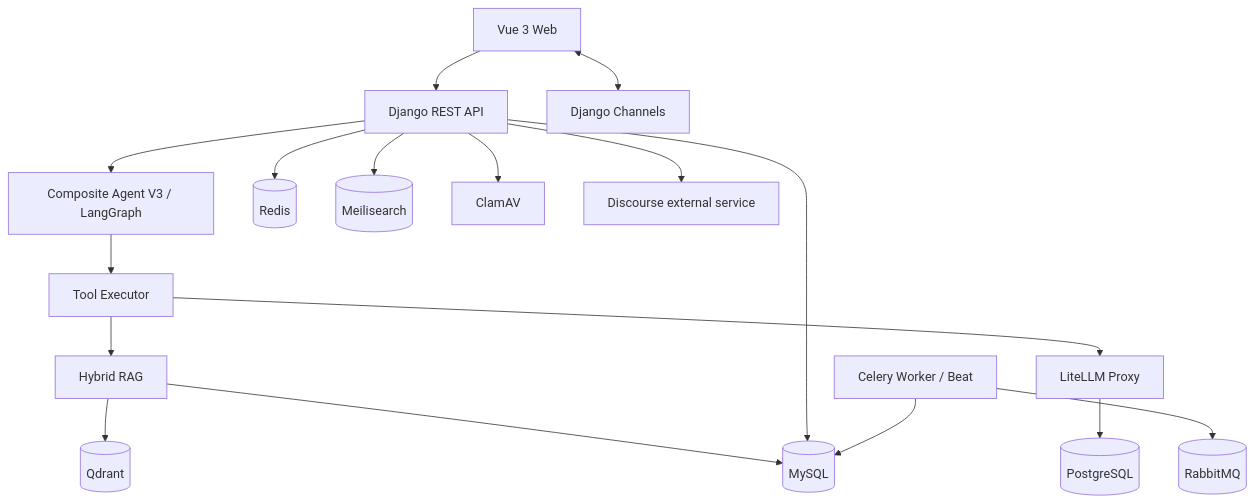
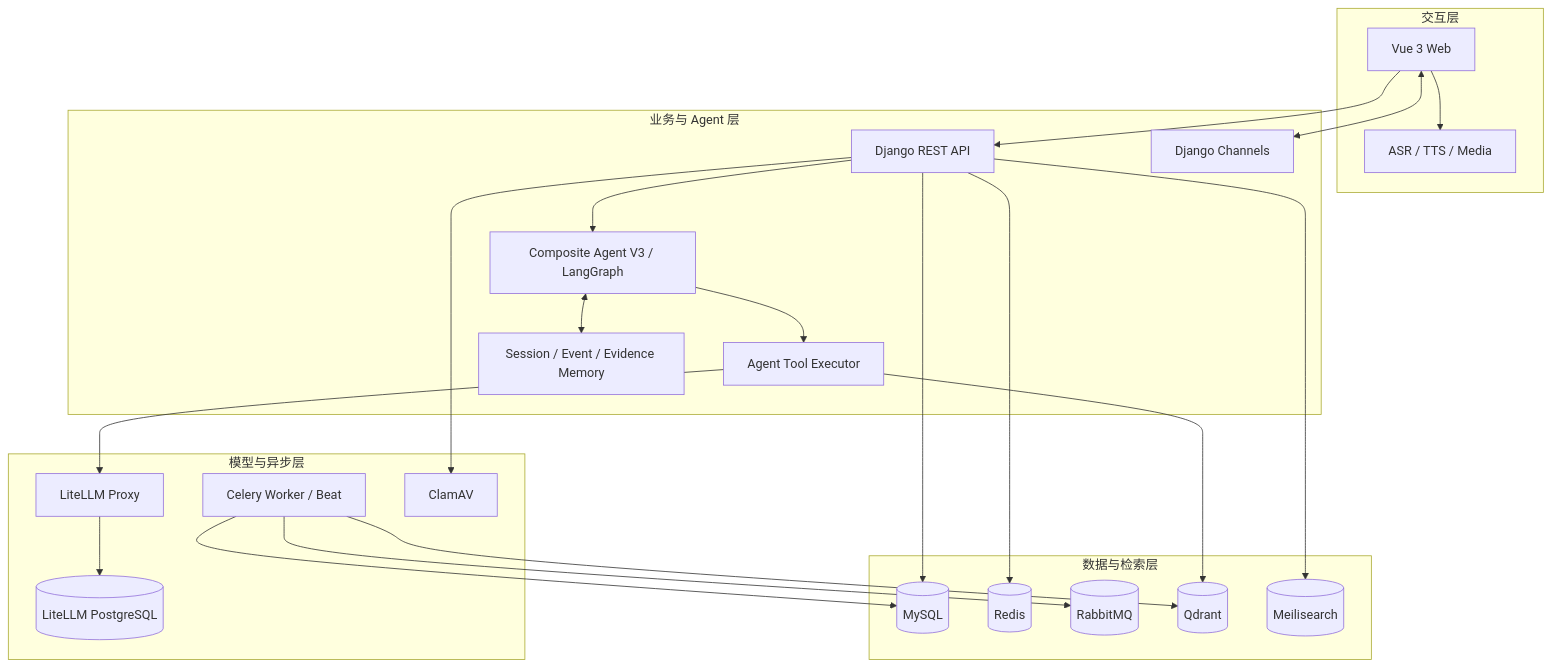
The second of 3 diagrams in README.md (6Asmile/AI_interview), drawn with Mermaid before and after one commit. The commit also changed other lines of this file and 64 other files, not shown here.

````diff
--- a/README.md
+++ b/README.md
@@ -45,36 +70,47 @@
 ```mermaid
 flowchart TB
-    WEB["Vue 3 Web"]
-    API["Django REST API"]
-    WS["Django Channels"]
-    AGENT["Composite Agent V3 / LangGraph"]
-    TOOLS["Tool Executor"]
-    RAG["Hybrid RAG"]
-    WORKER["Celery Worker / Beat"]
-    MYSQL[(MySQL)]
-    REDIS[(Redis)]
-    MQ[(RabbitMQ)]
-    QDRANT[(Qdrant)]
-    GATEWAY["LiteLLM Proxy"]
-    PG[(PostgreSQL)]
-    SEARCH[(Meilisearch)]
-    SCAN["ClamAV"]
-    DISCOURSE["Discourse external service"]
+    subgraph UX["交互层"]
+        WEB["Vue 3 Web"]
+        SPEECH["ASR / TTS / Media"]
+    end
+
+    subgraph APP["业务与 Agent 层"]
+        API["Django REST API"]
+        WS["Django Channels"]
+        AGENT["Composite Agent V3 / LangGraph"]
+        TOOLS["Agent Tool Executor"]
+        MEMORY["Session / Event / Evidence Memory"]
+    end
+
+    subgraph DATA["数据与检索层"]
+        MYSQL[(MySQL)]
+        REDIS[(Redis)]
+        MQ[(RabbitMQ)]
+        QDRANT[(Qdrant)]
+        SEARCH[(Meilisearch)]
+    end
+
+    subgraph AI["模型与异步层"]
+        WORKER["Celery Worker / Beat"]
+        GATEWAY["LiteLLM Proxy"]
+        PG[(LiteLLM PostgreSQL)]
+        SCAN["ClamAV"]
+    end
 
     WEB --> API
     WEB <--> WS
+    WEB --> SPEECH
     API --> AGENT
     AGENT --> TOOLS
-    TOOLS --> RAG
+    AGENT <--> MEMORY
     TOOLS --> GATEWAY
-    RAG --> QDRANT
-    RAG --> MYSQL
+    TOOLS --> QDRANT
     API --> MYSQL
     API --> REDIS
     API --> SEARCH
-    API --> DISCOURSE
     API --> SCAN
     WORKER --> MQ
     WORKER --> MYSQL
+    WORKER --> QDRANT
     GATEWAY --> PG
 ```
````
